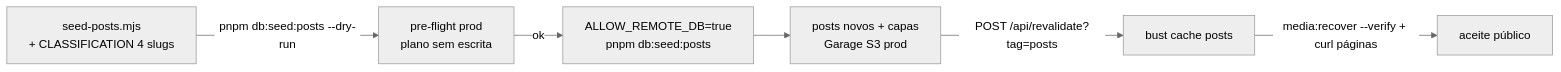
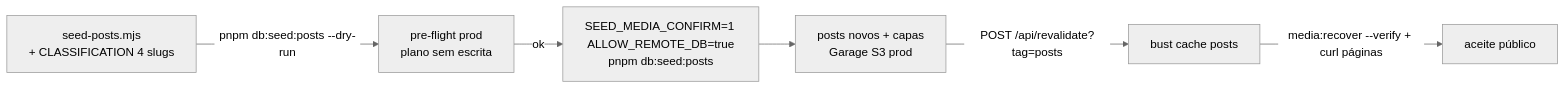
Before and after one commit to fsolla/teqo: the diagram in docs/plans/ops58-sincronizar-posts-prod-impl.md, drawn with Mermaid (neutral theme). The commit also changed other lines of this file and 6 other files, not shown here.

Commit message:
chore(OPS60): guard SEED_MEDIA_CONFIRM para escrita no bucket via db:seed:posts

````diff
--- a/docs/plans/ops58-sincronizar-posts-prod-impl.md
+++ b/docs/plans/ops58-sincronizar-posts-prod-impl.md
@@ -61,7 +61,7 @@
 ```mermaid
 flowchart LR
   A[seed-posts.mjs<br/>+ CLASSIFICATION 4 slugs] -->|pnpm db:seed:posts --dry-run| B[pre-flight prod<br/>plano sem escrita]
-  B -->|ok| C[ALLOW_REMOTE_DB=true<br/>pnpm db:seed:posts] --> D[posts novos + capas<br/>Garage S3 prod]
+  B -->|ok| C[SEED_MEDIA_CONFIRM=1 ALLOW_REMOTE_DB=true<br/>pnpm db:seed:posts] --> D[posts novos + capas<br/>Garage S3 prod]
   D -->|POST /api/revalidate?tag=posts| E[bust cache posts]
   E -->|media:recover --verify + curl páginas| F[aceite público]
 ```
````
